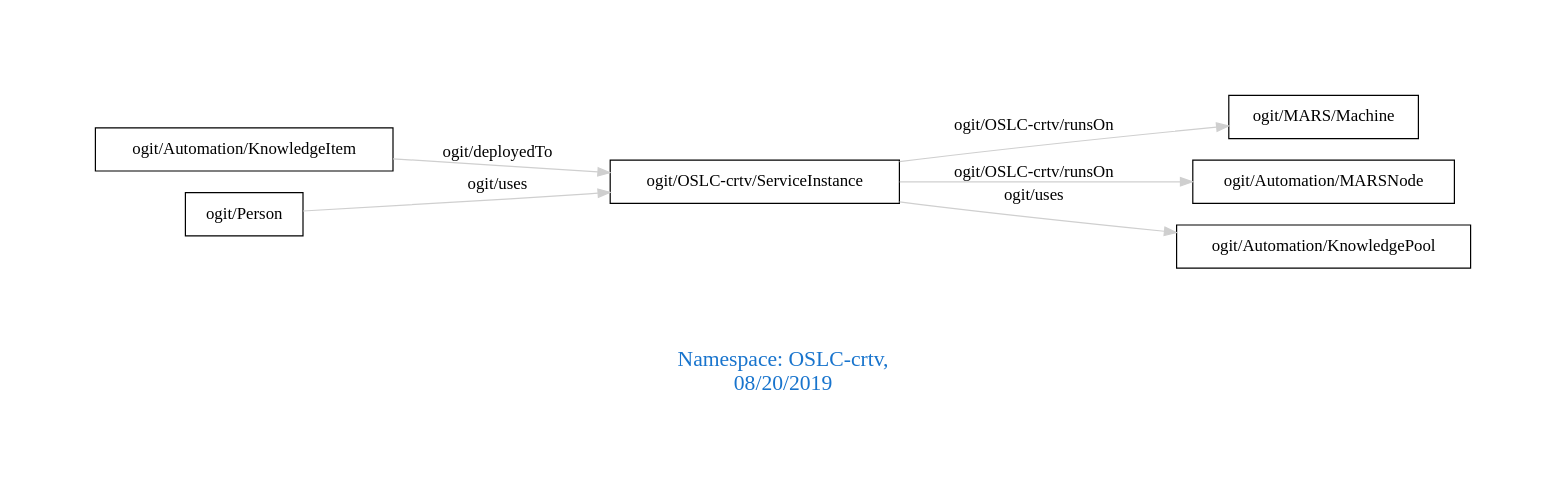
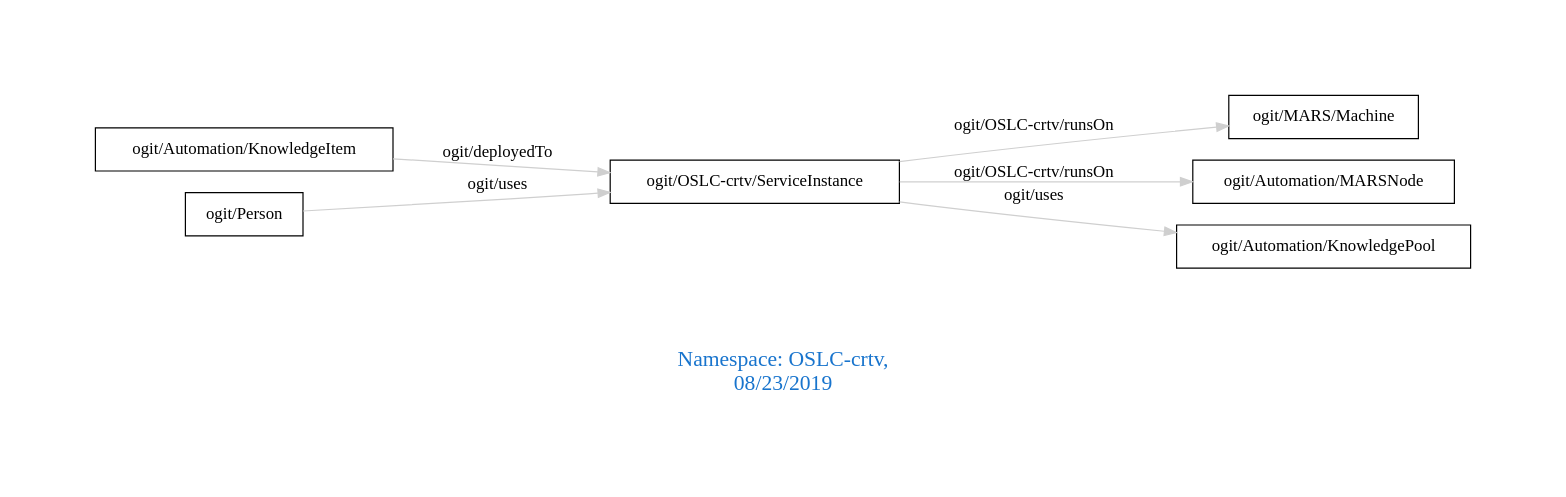
The diagram in downloads/OSLC-crtv.dot (arago/OGIT), drawn with Graphviz before and after one commit. The commit also changed 1465 other files, not shown here.

```diff
--- a/downloads/OSLC-crtv.dot
+++ b/downloads/OSLC-crtv.dot
@@ -1,13 +1,13 @@
 digraph OGIT_ontology {
  graph [ rankdir= LR,pad=1 
 fontsize = 18,
-fontcolor= dodgerblue3,label = "\n\n\nNamespace: OSLC-crtv, \n 08/20/2019"];
+fontcolor= dodgerblue3,label = "\n\n\nNamespace: OSLC-crtv, \n 08/23/2019"];
 node[shape=polygon];
 edge [  color="gray81"];
 
    "ogit/Automation/KnowledgeItem" -> "ogit/OSLC-crtv/ServiceInstance" [label="   ogit/deployedTo    "];
    "ogit/OSLC-crtv/ServiceInstance" -> "ogit/MARS/Machine" [label="   ogit/OSLC-crtv/runsOn    "];
    "ogit/OSLC-crtv/ServiceInstance" -> "ogit/Automation/MARSNode" [label="   ogit/OSLC-crtv/runsOn    "];
    "ogit/OSLC-crtv/ServiceInstance" -> "ogit/Automation/KnowledgePool" [label="   ogit/uses    "];
    "ogit/Person" -> "ogit/OSLC-crtv/ServiceInstance" [label="   ogit/uses    "];
 }
```
